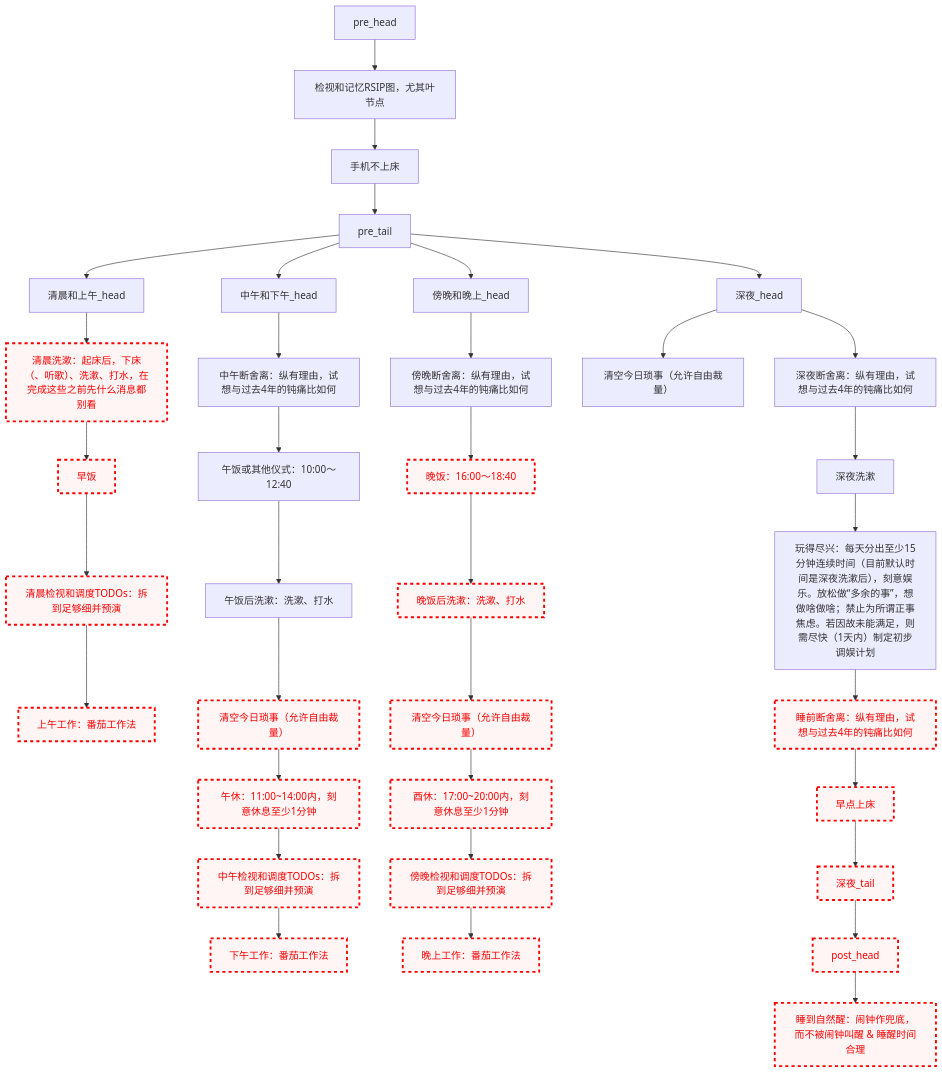
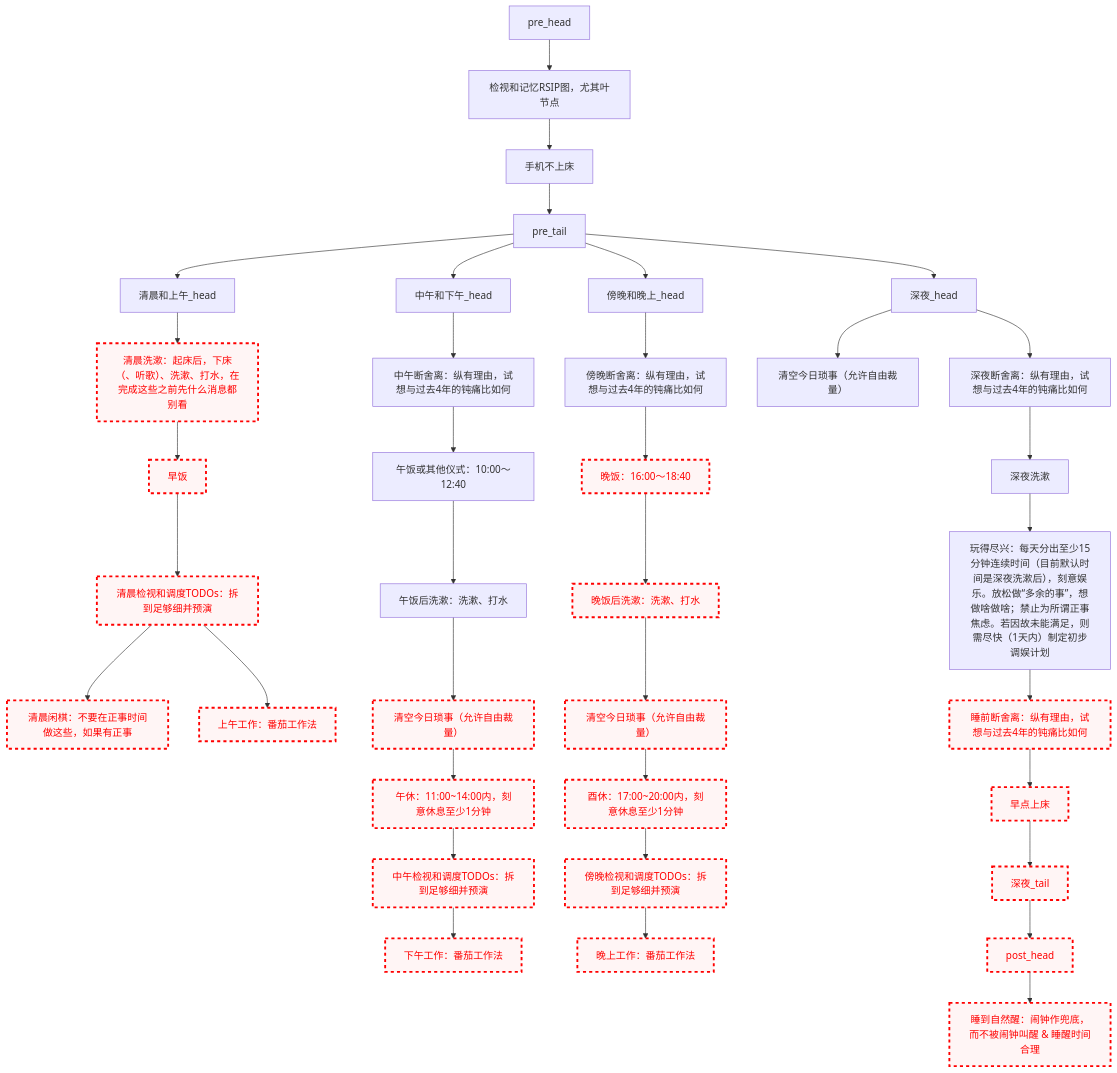
One commit to Ethkuil/RSIP-tree changed the diagram in README.md. Above: the diagram before and after it, drawn with Mermaid.

Commit message:
insert 清晨闲棋

````diff
--- a/README.md
+++ b/README.md
@@ -21,67 +21,69 @@
 ```mermaid
 graph TD
 
 classDef failed stroke:#ff0000, stroke-width:3px, color:#ff0000, fill:#fff5f5, stroke-dasharray: 5
 
 pre_head --> RSIP[检视和记忆RSIP图，尤其叶节点]
 RSIP --> 手机不上床
 手机不上床 --> pre_tail
 
 
 pre_tail --> 清晨和上午_head
 清晨和上午_head --> 清晨洗漱
 清晨洗漱[清晨洗漱：起床后，下床（、听歌）、洗漱、打水，在完成这些之前先什么消息都别看]
 class 清晨洗漱 failed
 清晨洗漱 --> 早饭
 class 早饭 failed
 早饭 --> 清晨看TODO[清晨检视和调度TODOs：拆到足够细并预演]
 class 清晨看TODO failed
+清晨看TODO --> 清晨闲棋[清晨闲棋：不要在正事时间做这些，如果有正事]
+class 清晨闲棋 failed
 清晨看TODO --> 上午工作[上午工作：番茄工作法]
 class 上午工作 failed
 
 pre_tail --> 中午和下午_head
 中午和下午_head --> 中午断舍离[中午断舍离：纵有理由，试想与过去4年的钝痛比如何]
 中午断舍离 --> 午饭[午饭或其他仪式：10:00～12:40]
 午饭 --> 午饭后洗漱[午饭后洗漱：洗漱、打水]
 午饭后洗漱 --> 中午今日琐事[清空今日琐事（允许自由裁量）]
 class 中午今日琐事 failed
 中午今日琐事 --> 午休[午休：11:00~14:00内，刻意休息至少1分钟]
 class 午休 failed
 午休 --> 中午看TODO[中午检视和调度TODOs：拆到足够细并预演]
 class 中午看TODO failed
 中午看TODO --> 下午工作[下午工作：番茄工作法]
 class 下午工作 failed
 
 pre_tail --> 傍晚和晚上_head
 傍晚和晚上_head --> 傍晚断舍离[傍晚断舍离：纵有理由，试想与过去4年的钝痛比如何]
 傍晚断舍离 --> 晚饭[晚饭：16:00～18:40]
 class 晚饭 failed
 晚饭 --> 晚饭后洗漱[晚饭后洗漱：洗漱、打水]
 class 晚饭后洗漱 failed
 晚饭后洗漱 --> 傍晚今日琐事[清空今日琐事（允许自由裁量）]
 class 傍晚今日琐事 failed
 傍晚今日琐事 --> 酉休[酉休：17:00~20:00内，刻意休息至少1分钟]
 class 酉休 failed
 酉休 --> 傍晚看TODO[傍晚检视和调度TODOs：拆到足够细并预演]
 class 傍晚看TODO failed
 傍晚看TODO --> 晚上工作[晚上工作：番茄工作法]
 class 晚上工作 failed
 
 pre_tail --> 深夜_head
 深夜_head --> 深夜今日琐事[清空今日琐事（允许自由裁量）]
 深夜_head --> 深夜断舍离[深夜断舍离：纵有理由，试想与过去4年的钝痛比如何]
 深夜断舍离 --> 深夜洗漱
 深夜洗漱 --> 玩得尽兴[玩得尽兴：每天分出至少15分钟连续时间（目前默认时间是深夜洗漱后），刻意娱乐。放松做“多余的事”，想做啥做啥；禁止为所谓正事焦虑。若因故未能满足，则需尽快（1天内）制定初步调娱计划]
 玩得尽兴 --> 睡前断舍离[睡前断舍离：纵有理由，试想与过去4年的钝痛比如何]
 class 睡前断舍离 failed
 睡前断舍离 --> 早点上床
 class 早点上床 failed
 早点上床 --> 深夜_tail
 class 深夜_tail failed
 
 
 深夜_tail --> post_head
 class post_head failed
 post_head --> 睡到自然醒[睡到自然醒：闹钟作兜底，而不被闹钟叫醒 & 睡醒时间合理]
 class 睡到自然醒 failed
 ```
````
